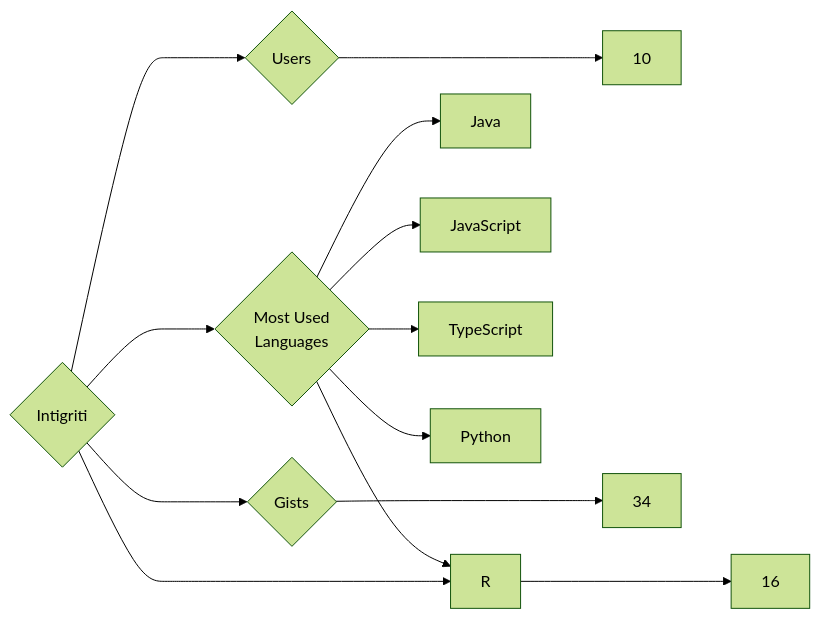
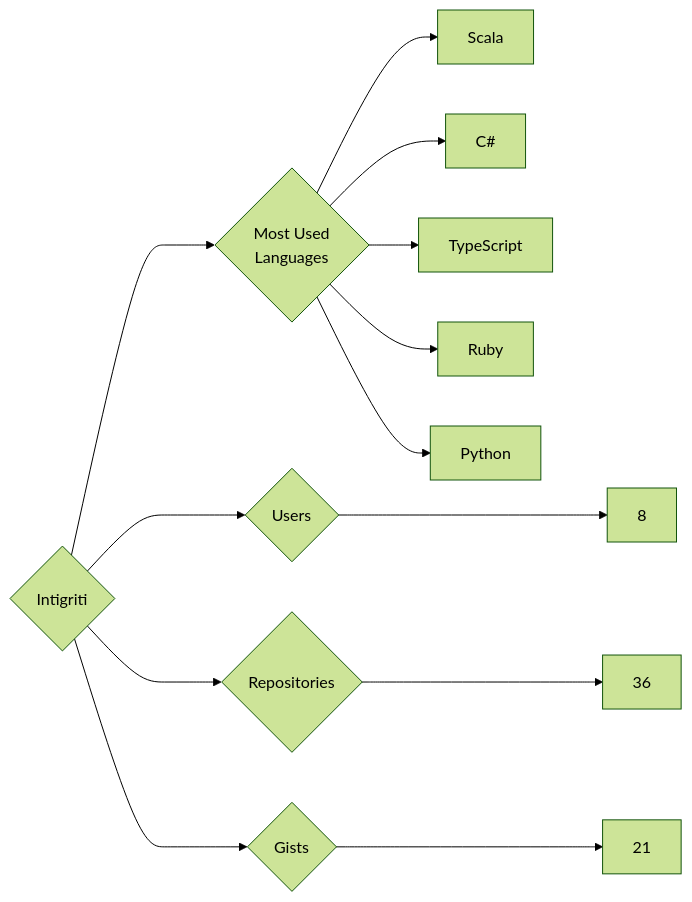
Before and after one commit to trickest/insiders: the diagram in targets/Intigriti/README.md, drawn with Mermaid (forest theme). The commit also changed 1055 other files, not shown here.

````diff
--- a/targets/Intigriti/README.md
+++ b/targets/Intigriti/README.md
@@ -3,13 +3,13 @@
 ```mermaid
 graph LR
 COMPANY_NAME{Intigriti}
-COMPANY_NAME ---> U{Users} ---> UN[10]
-COMPANY_NAME ---> R{Repositories} ---> RN[16]
-COMPANY_NAME ---> G{Gists} ---> GN[34]
+COMPANY_NAME ---> U{Users} ---> UN[8]
+COMPANY_NAME ---> R{Repositories} ---> RN[36]
+COMPANY_NAME ---> G{Gists} ---> GN[21]
 COMPANY_NAME ---> ML{Most Used<br>Languages}
-ML --> Java[Java]
-ML --> JavaScript[JavaScript]
+ML --> Scala[Scala]
+ML --> C#[C#]
 ML --> TypeScript[TypeScript]
-ML --> R[R]
+ML --> Ruby[Ruby]
 ML --> Python[Python]
 ```
````
